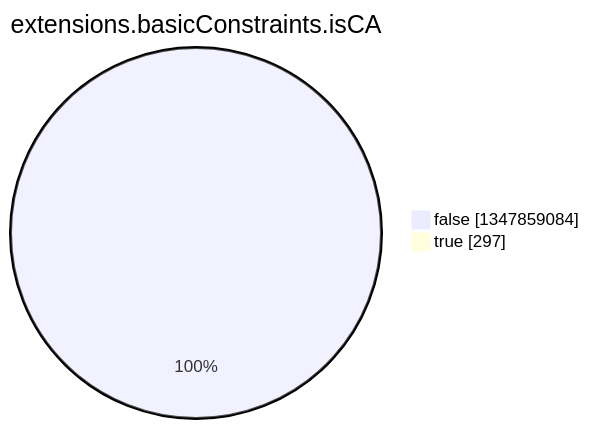
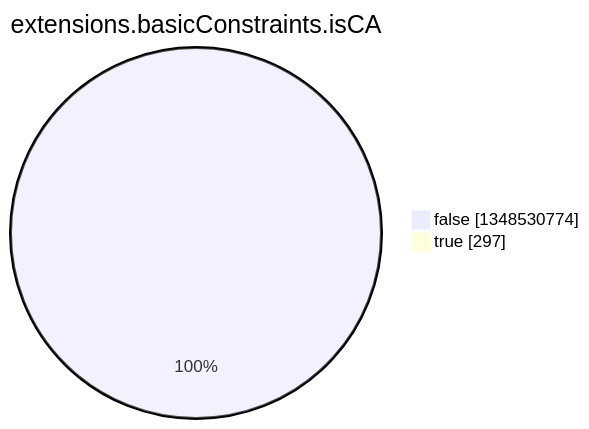
The eighth of 15 diagrams in argon2022/README.md (christiankrug/ctmonitor_visualization), drawn with Mermaid before and after one commit. The commit also changed other lines of this file, not shown here.

````diff
--- a/argon2022/README.md
+++ b/argon2022/README.md
@@ -2758,6 +2758,6 @@
 ```mermaid
 pie showData
 title extensions.basicConstraints.isCA
-"false" :1347859084
+"false" :1348530774
 "true" :297
 ```
````
